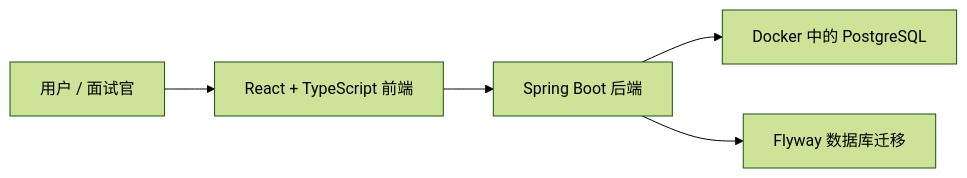
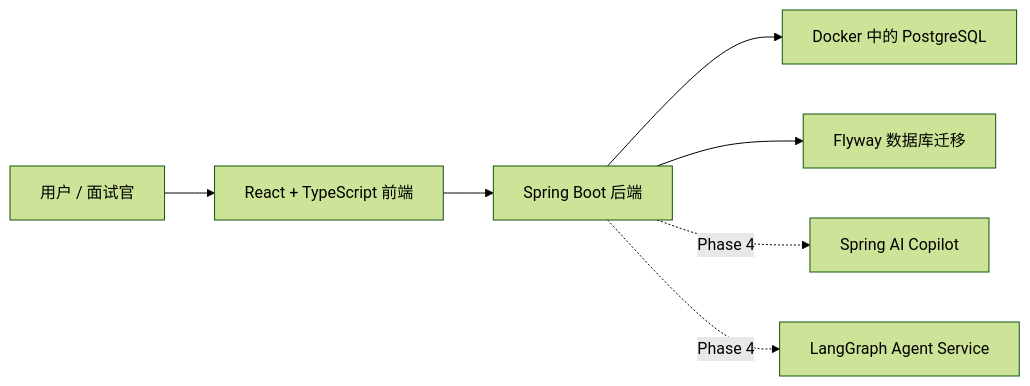
The diagram in README.zh-CN.md (vokyo/FlowAi), drawn with Mermaid (forest theme) before and after one commit. The commit also changed other lines of this file and 31 other files, not shown here.

````diff
--- a/README.zh-CN.md
+++ b/README.zh-CN.md
@@ -64,7 +65,9 @@
 ```mermaid
 flowchart LR
     User["用户 / 面试官"] --> Frontend["React + TypeScript 前端"]
     Frontend --> Backend["Spring Boot 后端"]
     Backend --> Database["Docker 中的 PostgreSQL"]
     Backend --> Flyway["Flyway 数据库迁移"]
+    Backend -. Phase 4 .-> Copilot["Spring AI Copilot"]
+    Backend -. Phase 4 .-> Agent["LangGraph Agent Service"]
 ```
````
